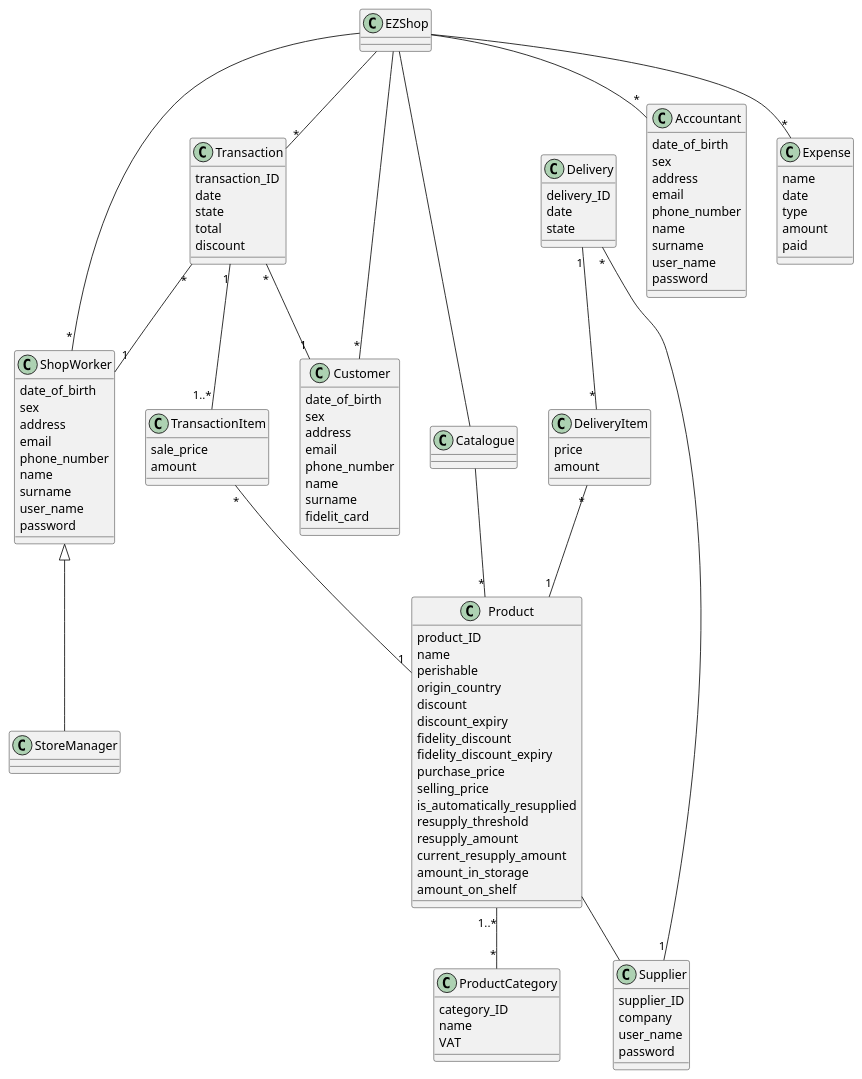
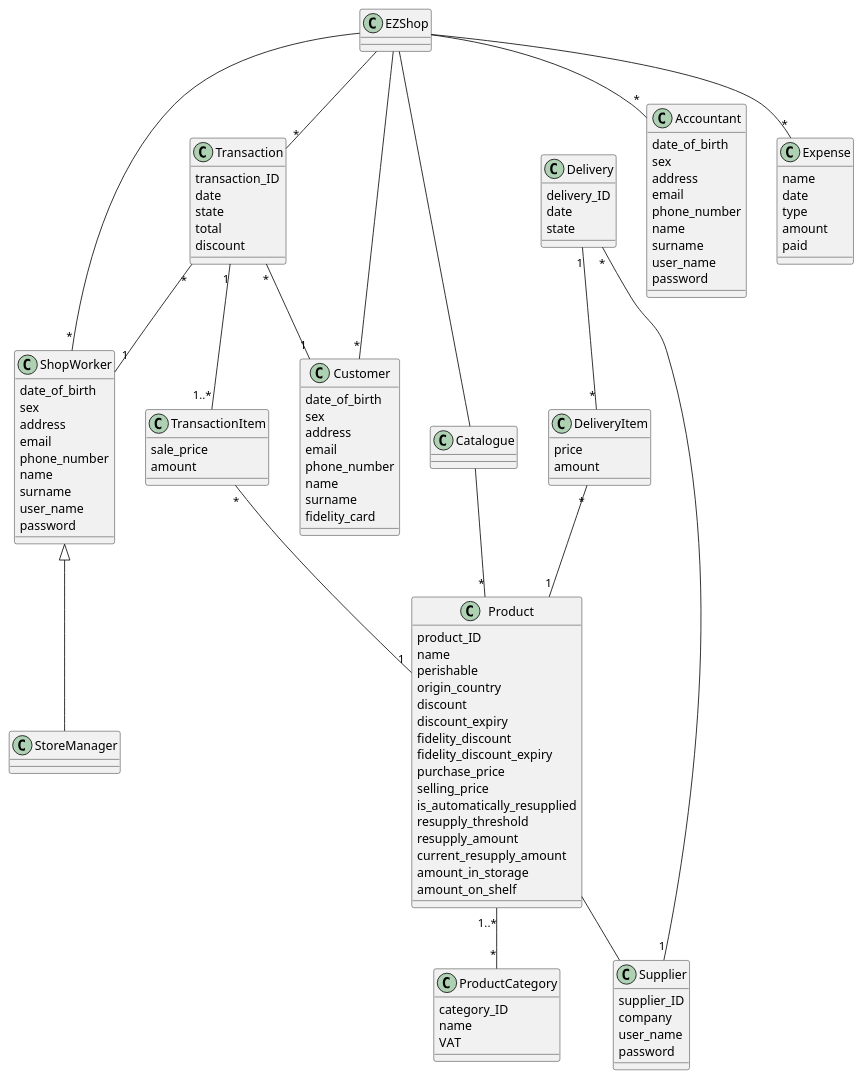
Before and after one commit to polito-se2-21-r03/se1-ezshop: the tenth of 12 diagrams in Deliverables/RequirementsDocument.md, drawn with PlantUML.

Commit message:
Fixed a typo

```diff
--- a/Deliverables/RequirementsDocument.md
+++ b/Deliverables/RequirementsDocument.md
@@ -1212,7 +1212,7 @@
 phone_number
 name
 surname
-fidelit_card
+fidelity_card
 }
 class Accountant {
 date_of_birth
```
